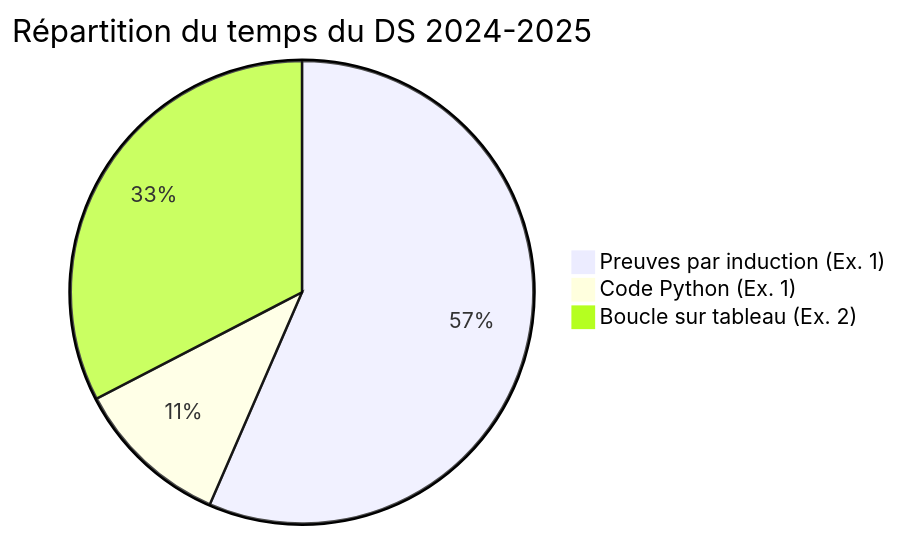
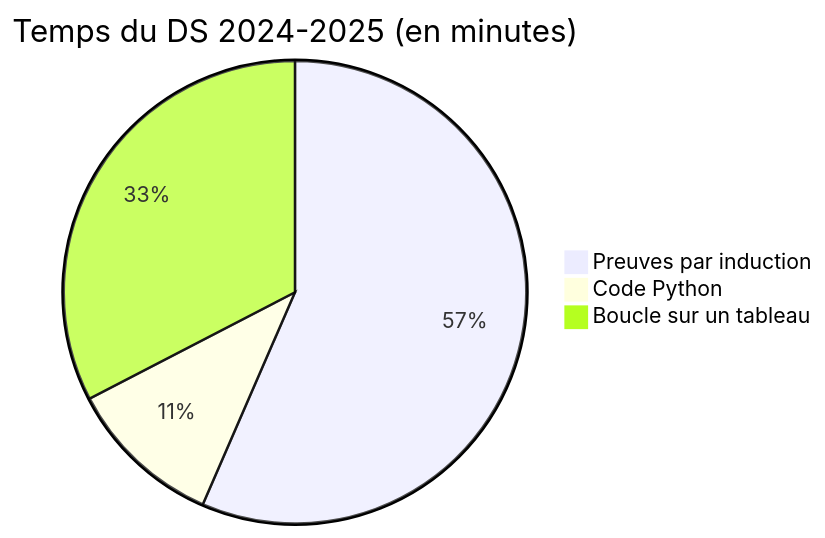
One commit to oumar5/ALGO-DM changed the diagram in 03-Examens/1-Preparer-le-DS.md. Above: the diagram before and after it, drawn with Mermaid. The commit also changed other lines of this file and 36 other files, not shown here.

Commit message:
Ajout des chapitres 5 et 6 sur les programmes impératifs et les tableaux, incluant des cours et des exemples corrigés. Création d'un fichier pour le code du TD.

````diff
--- a/03-Examens/1-Preparer-le-DS.md
+++ b/03-Examens/1-Preparer-le-DS.md
@@ -11,6 +13,6 @@
 ```mermaid
-pie title Répartition du temps du DS 2024-2025
-    "Preuves par induction (Ex. 1)" : 104
-    "Code Python (Ex. 1)" : 20
-    "Boucle sur tableau (Ex. 2)" : 60
+pie title Temps du DS 2024-2025 (en minutes)
+    "Preuves par induction" : 104
+    "Code Python" : 20
+    "Boucle sur un tableau" : 60
 ```
````
